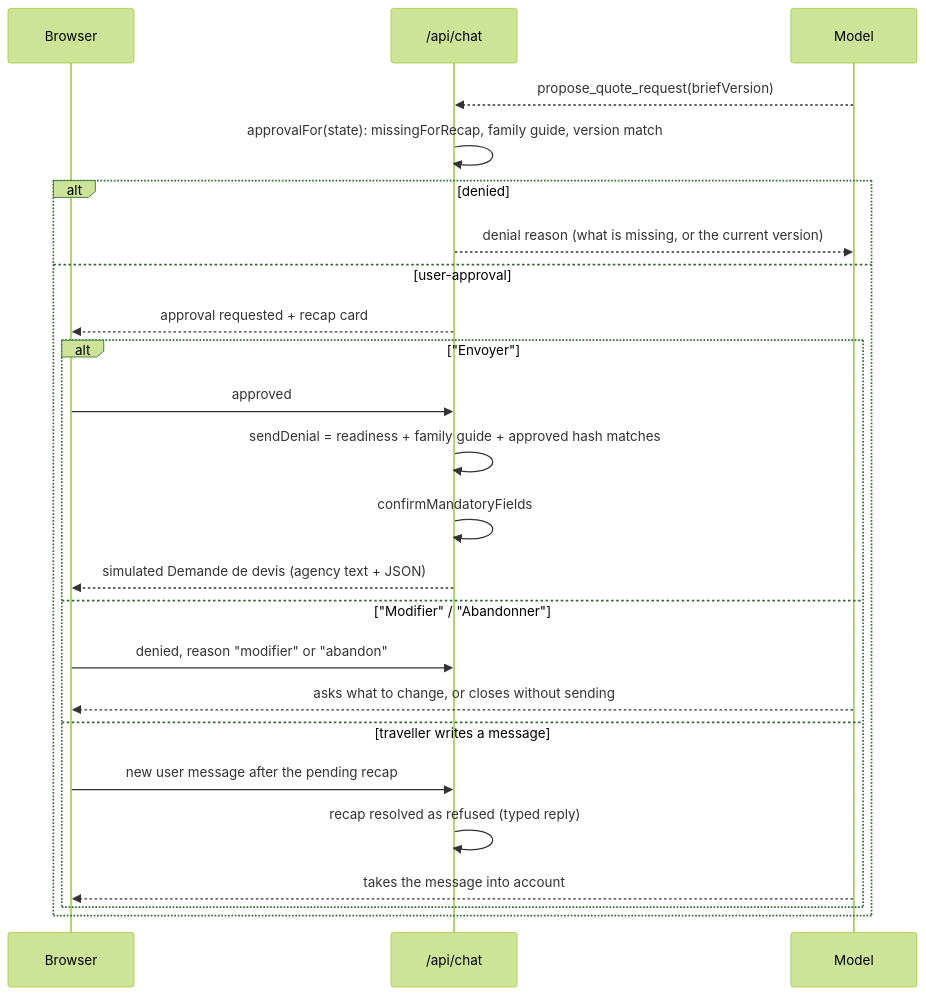
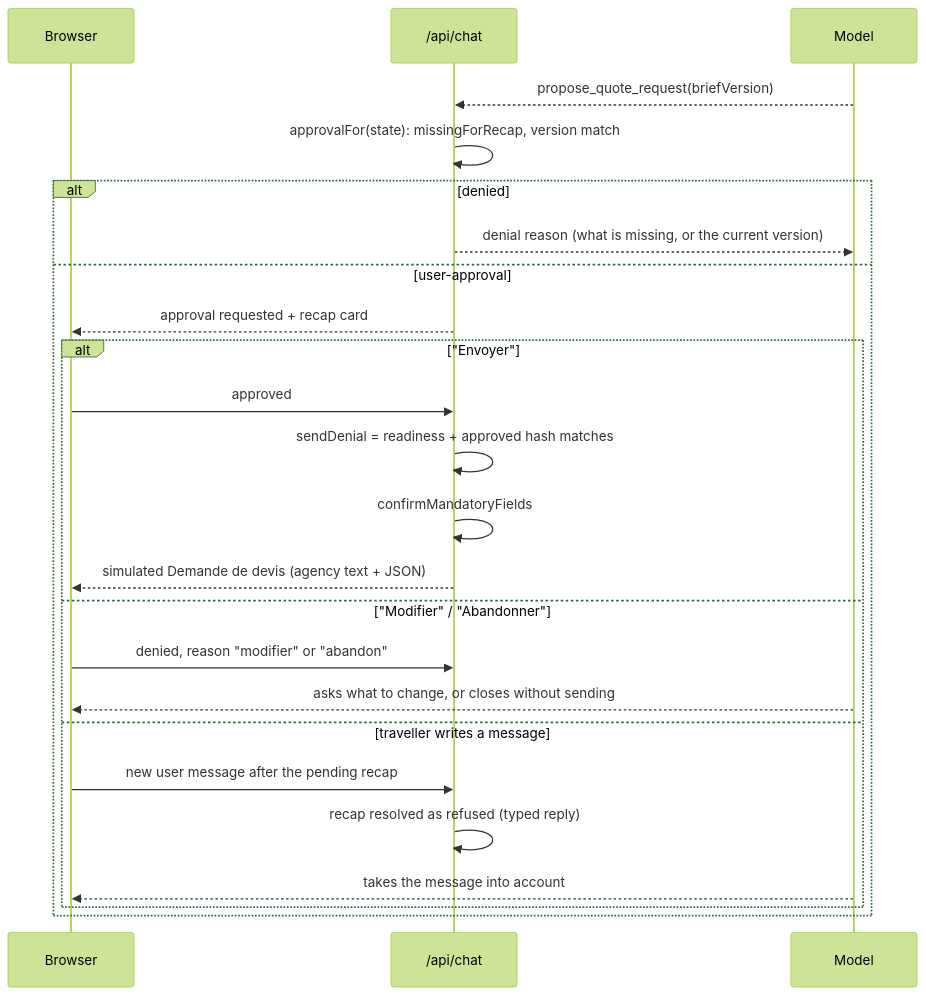
One commit to VictorNain26/trip-brief-agent changed the third of 3 diagrams in docs/architecture.md. Above: the diagram before and after it, drawn with Mermaid (forest theme). The commit also changed other lines of this file and 20 other files, not shown here.

````diff
--- a/docs/architecture.md
+++ b/docs/architecture.md
@@ -172,26 +172,26 @@
 ```mermaid
 sequenceDiagram
   participant B as Browser
   participant S as /api/chat
   participant M as Model
   M-->>S: propose_quote_request(briefVersion)
-  S->>S: approvalFor(state): missingForRecap, family guide, version match
+  S->>S: approvalFor(state): missingForRecap, version match
   alt denied
     S-->>M: denial reason (what is missing, or the current version)
   else user-approval
     S-->>B: approval requested + recap card
     alt "Envoyer"
       B->>S: approved
-      S->>S: sendDenial = readiness + family guide + approved hash matches
+      S->>S: sendDenial = readiness + approved hash matches
       S->>S: confirmMandatoryFields
       S-->>B: simulated Demande de devis (agency text + JSON)
     else "Modifier" / "Abandonner"
       B->>S: denied, reason "modifier" or "abandon"
       M-->>B: asks what to change, or closes without sending
     else traveller writes a message
       B->>S: new user message after the pending recap
       S->>S: recap resolved as refused (typed reply)
       M-->>B: takes the message into account
     end
   end
 ```
````
